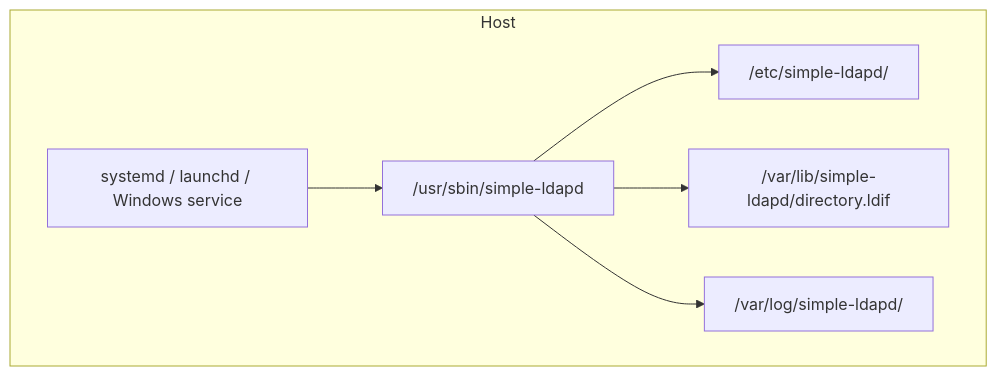
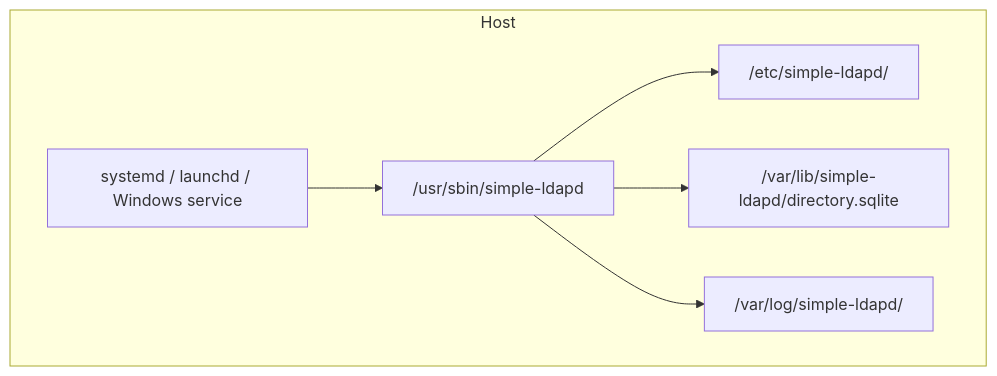
Before and after one commit to SimpleDaemons/simple-ldapd: the second of 2 diagrams in docs/diagrams/deployment.md, drawn with Mermaid. The commit also changed other lines of this file and 27 other files, not shown here.

````diff
--- a/docs/diagrams/deployment.md
+++ b/docs/diagrams/deployment.md
@@ -29,15 +29,15 @@
 ```mermaid
 flowchart TB
   subgraph os [Host]
     Bin["/usr/sbin/simple-ldapd"]
     Conf["/etc/simple-ldapd/"]
-    Data["/var/lib/simple-ldapd/directory.ldif"]
+    Data["/var/lib/simple-ldapd/directory.sqlite"]
     Logs["/var/log/simple-ldapd/"]
     Unit[systemd / launchd / Windows service]
   end
 
   Unit --> Bin
   Bin --> Conf
   Bin --> Data
   Bin --> Logs
 ```
````
